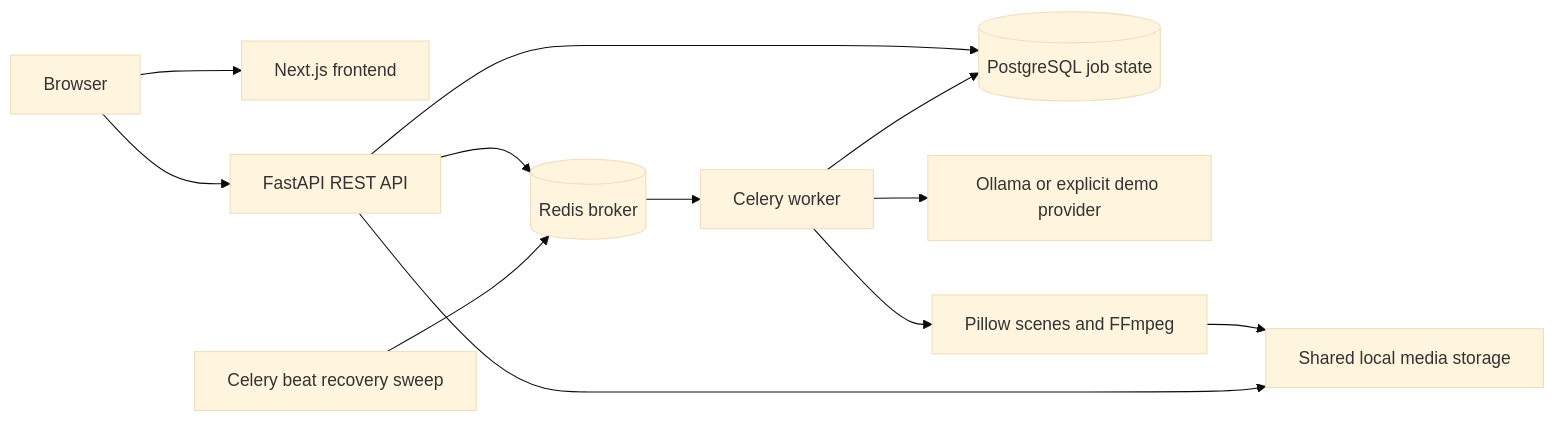
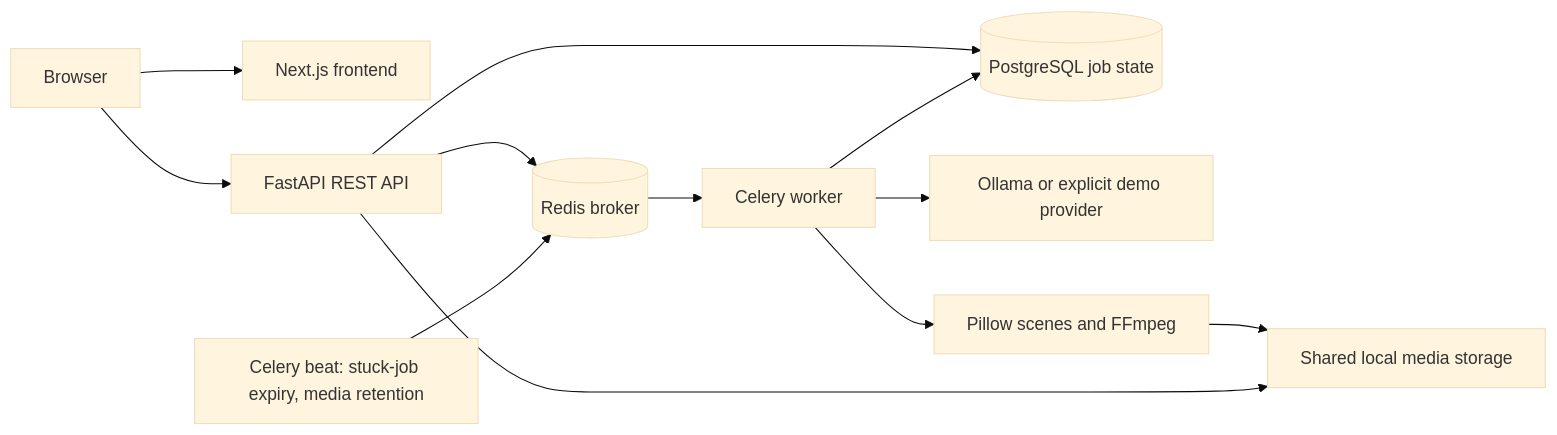
One commit to anand598/SocialStudio changed the diagram in docs/architecture.md. Above: the diagram before and after it, drawn with Mermaid (base theme). The commit also changed other lines of this file and 3 other files, not shown here.

````diff
--- a/docs/architecture.md
+++ b/docs/architecture.md
@@ -5,14 +5,14 @@
 ```mermaid
 flowchart LR
   Browser --> UI[Next.js frontend]
   Browser --> API[FastAPI REST API]
   API --> DB[(PostgreSQL job state)]
   API --> Broker[(Redis broker)]
   Broker --> Worker[Celery worker]
   Worker --> DB
   Worker --> Provider[Ollama or explicit demo provider]
   Worker --> Render[Pillow scenes and FFmpeg]
   Render --> Files[Shared local media storage]
   API --> Files
-  Beat[Celery beat recovery sweep] --> Broker
+  Beat[Celery beat: stuck-job expiry, media retention] --> Broker
 ```
````
